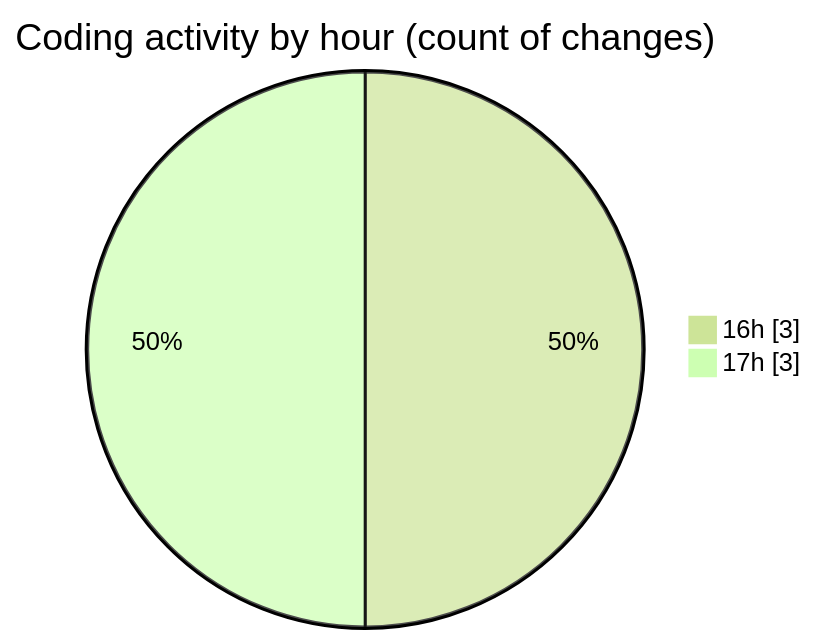
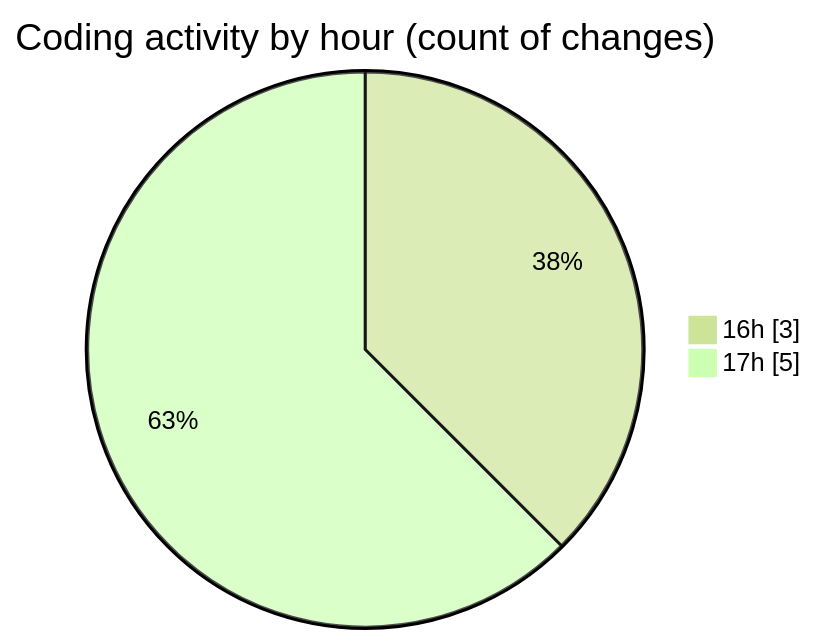
The second of 2 diagrams in 2026-03-17/week6/README.md (Unknowalive/code-tracking), drawn with Mermaid (forest theme) before and after one commit. The commit also changed other lines of this file and 1 other file, not shown here.

````diff
--- a/2026-03-17/week6/README.md
+++ b/2026-03-17/week6/README.md
@@ -29,6 +29,6 @@
 ```mermaid
 pie showData
 title Coding activity by hour (count of changes)
 "16h" : 3
-"17h" : 3
+"17h" : 5
 ```
````
